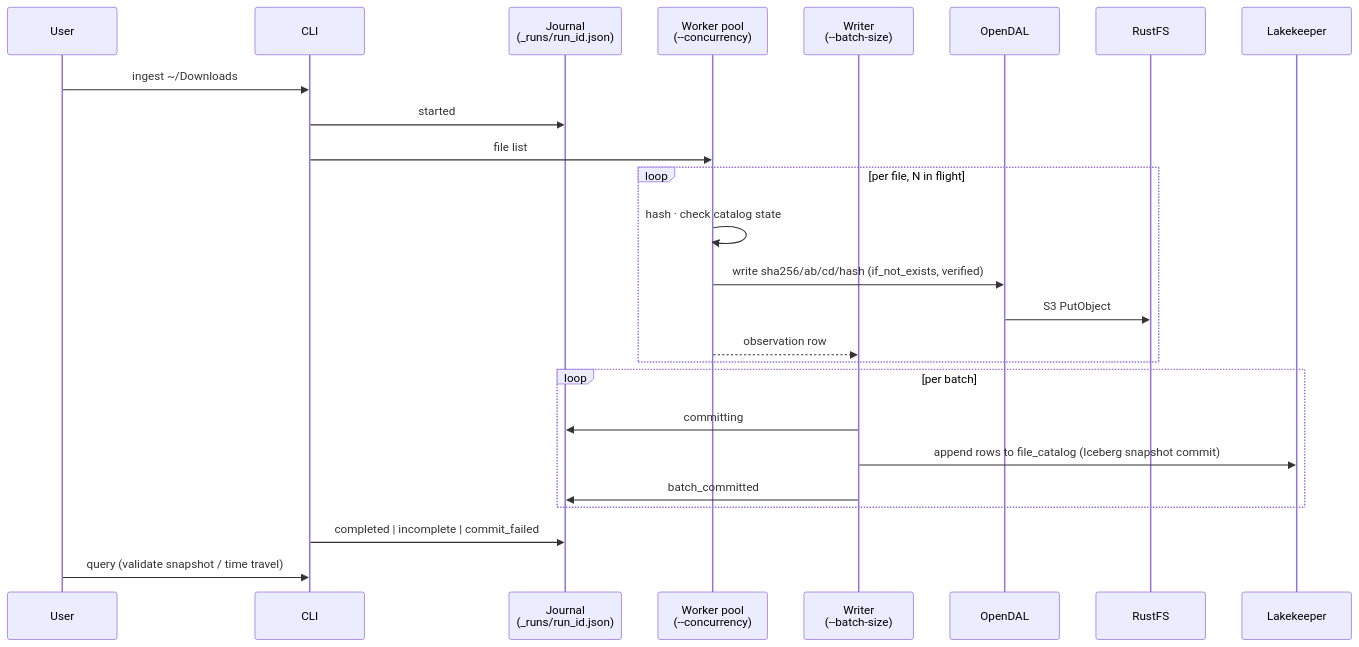
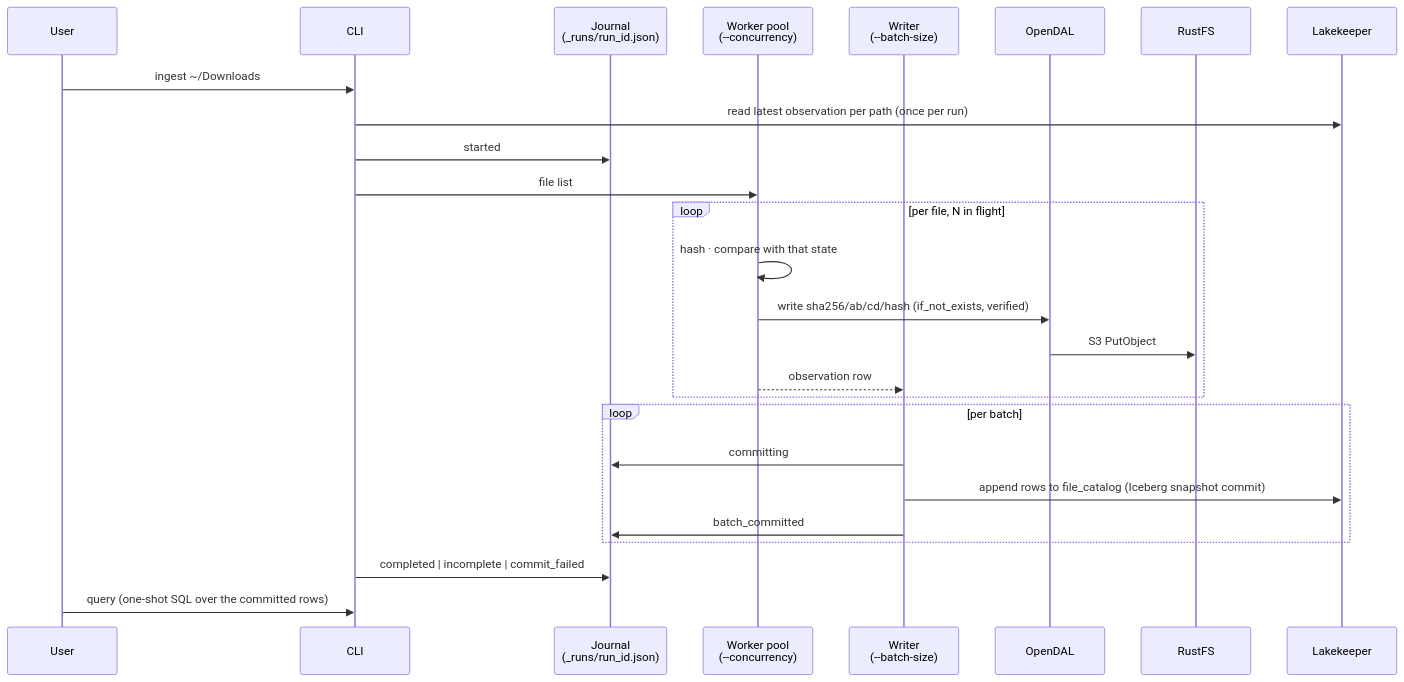
Before and after one commit to sm4rtm4art/anti_entropator: the second of 2 diagrams in docs/design/architecture.md, drawn with Mermaid. The commit also changed other lines of this file and 18 other files, not shown here.

First line of the commit message:
docs: correct decision records, README and architecture doc against the code (#289)

````diff
--- a/docs/design/architecture.md
+++ b/docs/design/architecture.md
@@ -132,28 +136,29 @@
 ```mermaid
 sequenceDiagram
     participant User
     participant CLI
     participant Journal as Journal<br/>(_runs/run_id.json)
     participant Workers as Worker pool<br/>(--concurrency)
     participant Writer as Writer<br/>(--batch-size)
     participant OpenDAL
     participant RustFS
     participant Lakekeeper
 
     User->>CLI: ingest ~/Downloads
+    CLI->>Lakekeeper: read latest observation per path (once per run)
     CLI->>Journal: started
     CLI->>Workers: file list
     loop per file, N in flight
-        Workers->>Workers: hash · check catalog state
+        Workers->>Workers: hash · compare with that state
         Workers->>OpenDAL: write sha256/ab/cd/hash (if_not_exists, verified)
         OpenDAL->>RustFS: S3 PutObject
         Workers-->>Writer: observation row
     end
     loop per batch
         Writer->>Journal: committing
         Writer->>Lakekeeper: append rows to file_catalog (Iceberg snapshot commit)
         Writer->>Journal: batch_committed
     end
     CLI->>Journal: completed | incomplete | commit_failed
-    User->>CLI: query (validate snapshot / time travel)
+    User->>CLI: query (one-shot SQL over the committed rows)
 ```
````
